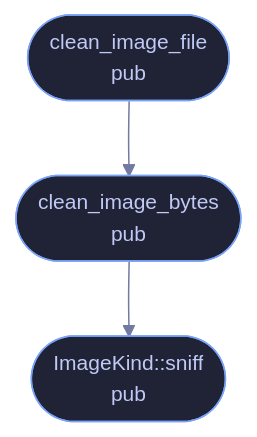
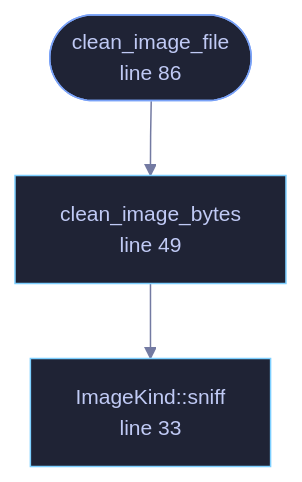
One commit to tilas01/veilvoice changed the diagram in docs/files/veilvoice-meta/image.md. Above: the diagram before and after it, drawn with Mermaid. The commit also changed other lines of this file and 182 other files, not shown here.

````diff
--- a/docs/files/veilvoice-meta/image.md
+++ b/docs/files/veilvoice-meta/image.md
@@ -40,9 +56,13 @@
 ```mermaid
 %%{init: {"theme":"base","themeVariables":{"background":"#1a1b26","primaryColor":"#1f2335","primaryTextColor":"#c0caf5","primaryBorderColor":"#7aa2f7","secondaryColor":"#16161e","tertiaryColor":"#16161e","lineColor":"#737aa2","textColor":"#c0caf5","mainBkg":"#1f2335","nodeBorder":"#7aa2f7","clusterBkg":"#16161e","clusterBorder":"#2f3549","fontFamily":"ui-monospace, SFMono-Regular, Consolas, monospace","fontSize":"14px"}}}%%
 flowchart TD
-    n_sniff(["ImageKind::sniff<br/>pub"])
-    n_clean_image_bytes(["clean_image_bytes<br/>pub"])
-    n_clean_image_file(["clean_image_file<br/>pub"])
+    n_sniff["ImageKind::sniff<br/>line 33"]
+    n_clean_image_bytes["clean_image_bytes<br/>line 49"]
+    n_clean_image_file(["clean_image_file<br/>line 86"])
     n_clean_image_bytes --> n_sniff
     n_clean_image_file --> n_clean_image_bytes
+    classDef entry fill:#1f2335,stroke:#7aa2f7,color:#c0caf5
+    class n_clean_image_file entry
+    classDef api fill:#1f2335,stroke:#7dcfff,color:#c0caf5
+    class n_sniff,n_clean_image_bytes api
 ```
````
